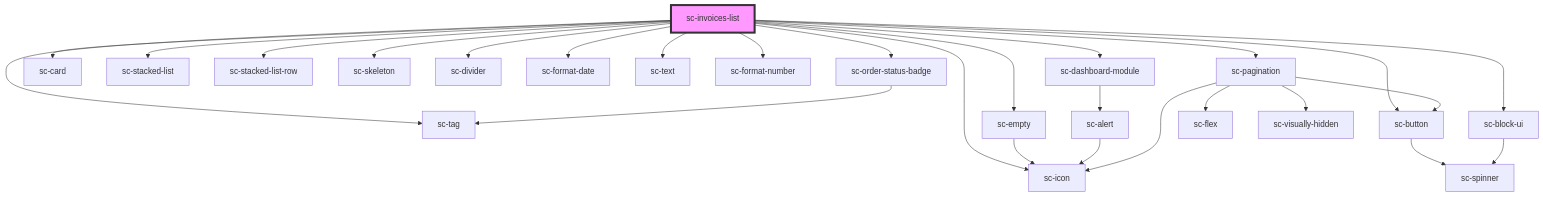
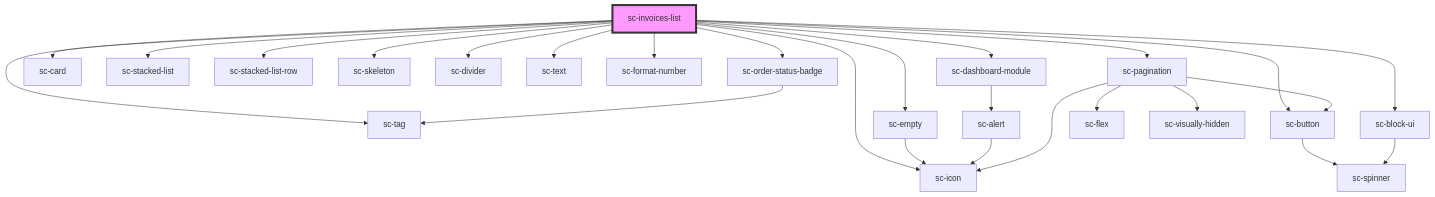
Before and after one commit to surecart/surecart-wp-plugin: the diagram in packages/components/src/components/controllers/dashboard/invoices-list/readme.md, drawn with Mermaid. The commit also changed other lines of this file and 52 other files, not shown here.

````diff
--- a/packages/components/src/components/controllers/dashboard/invoices-list/readme.md
+++ b/packages/components/src/components/controllers/dashboard/invoices-list/readme.md
@@ -39,30 +38,29 @@
 ```mermaid
 graph TD;
   sc-invoices-list --> sc-tag
   sc-invoices-list --> sc-order-status-badge
   sc-invoices-list --> sc-card
   sc-invoices-list --> sc-stacked-list
   sc-invoices-list --> sc-stacked-list-row
   sc-invoices-list --> sc-skeleton
   sc-invoices-list --> sc-divider
   sc-invoices-list --> sc-empty
-  sc-invoices-list --> sc-format-date
   sc-invoices-list --> sc-text
   sc-invoices-list --> sc-format-number
   sc-invoices-list --> sc-dashboard-module
   sc-invoices-list --> sc-button
   sc-invoices-list --> sc-icon
   sc-invoices-list --> sc-pagination
   sc-invoices-list --> sc-block-ui
   sc-order-status-badge --> sc-tag
   sc-empty --> sc-icon
   sc-dashboard-module --> sc-alert
   sc-alert --> sc-icon
   sc-button --> sc-spinner
   sc-pagination --> sc-flex
   sc-pagination --> sc-button
   sc-pagination --> sc-visually-hidden
   sc-pagination --> sc-icon
   sc-block-ui --> sc-spinner
   style sc-invoices-list fill:#f9f,stroke:#333,stroke-width:4px
 ```
````
